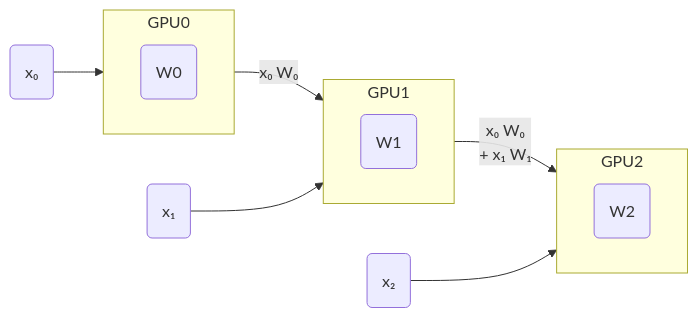
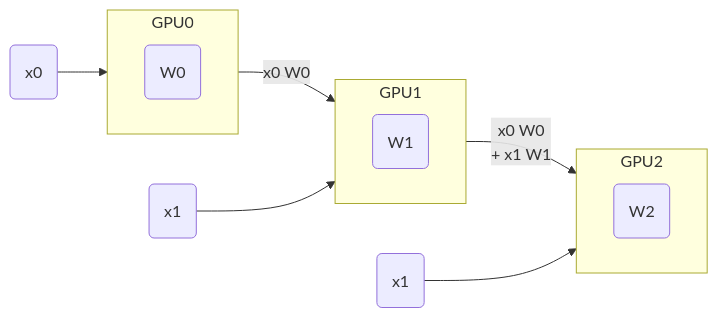
Before and after one commit to saforem2/personal_site: the eighth of 8 diagrams in docs/talks/2025/10/15/index.md, drawn with Mermaid. The commit also changed other lines of this file and 6 other files, not shown here.

````diff
--- a/docs/talks/2025/10/15/index.md
+++ b/docs/talks/2025/10/15/index.md
@@ -652,20 +652,20 @@
 ``` mermaid
 flowchart LR
     subgraph X0["`GPU0`"]
         direction LR
         a("`W0`")
     end
     subgraph X1["`GPU1`"]
         direction LR
         b("`W1`")
     end
     subgraph X2["`GPU2`"]
         direction LR
         c("`W2`")
     end
-  t0("`x₀`")-->X0
-  X0 -->|"`x₀ W₀`"|X1
-  X1 -->|"`x₀ W₀ <br>+ x₁ W₁`"|X2
-  t1("`x₁`") --> X1
-  t2("`x₂`") --> X2
+  t0("`x0`")-->X0
+  X0 -->|"`x0 W0`"|X1
+  X1 -->|"`x0 W0 <br>+ x1 W1`"|X2
+  t1("`x1`") --> X1
+  t2("`x1`") --> X2
 ```
````
